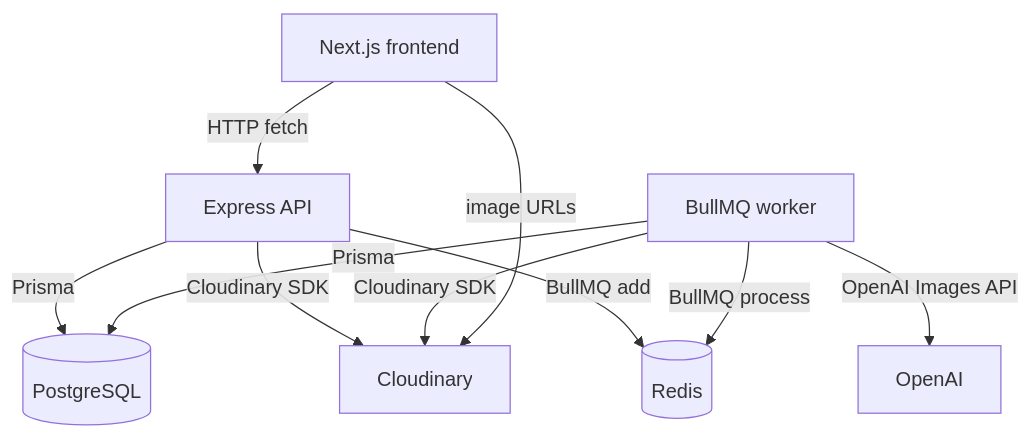
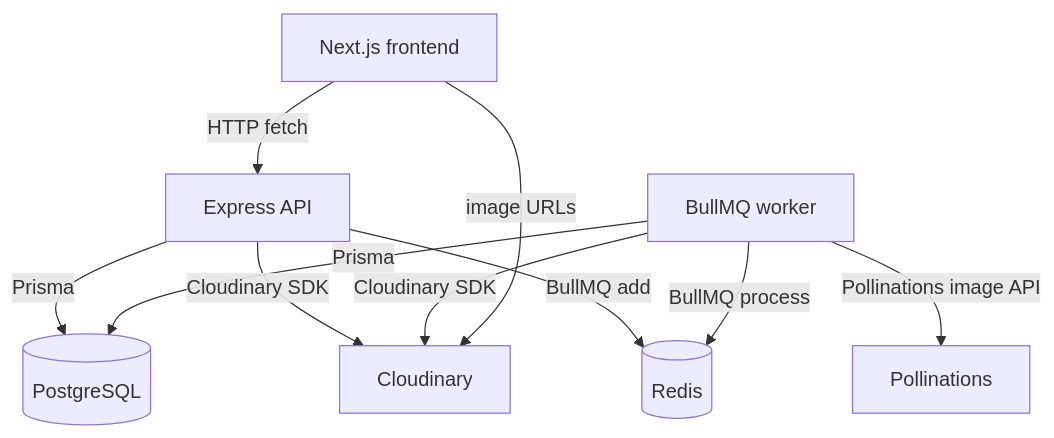
One commit to Rahul-Shetty-10/photo_album changed the first of 5 diagrams in docs/architecture.md. Above: the diagram before and after it, drawn with Mermaid. The commit also changed other lines of this file and 20 other files, not shown here.

````diff
--- a/docs/architecture.md
+++ b/docs/architecture.md
@@ -12,12 +12,12 @@
 ```mermaid
 graph TB
     WEB[Next.js frontend] -->|HTTP fetch| API[Express API]
     API -->|Prisma| PG[(PostgreSQL)]
     API -->|Cloudinary SDK| CLOUD[Cloudinary]
     API -->|BullMQ add| REDIS[(Redis)]
     WORKER[BullMQ worker] -->|BullMQ process| REDIS
     WORKER -->|Prisma| PG
-    WORKER -->|OpenAI Images API| OPENAI[OpenAI]
+    WORKER -->|Pollinations image API| POLLINATIONS[Pollinations]
     WORKER -->|Cloudinary SDK| CLOUD
     WEB -->|image URLs| CLOUD
 ```
````
